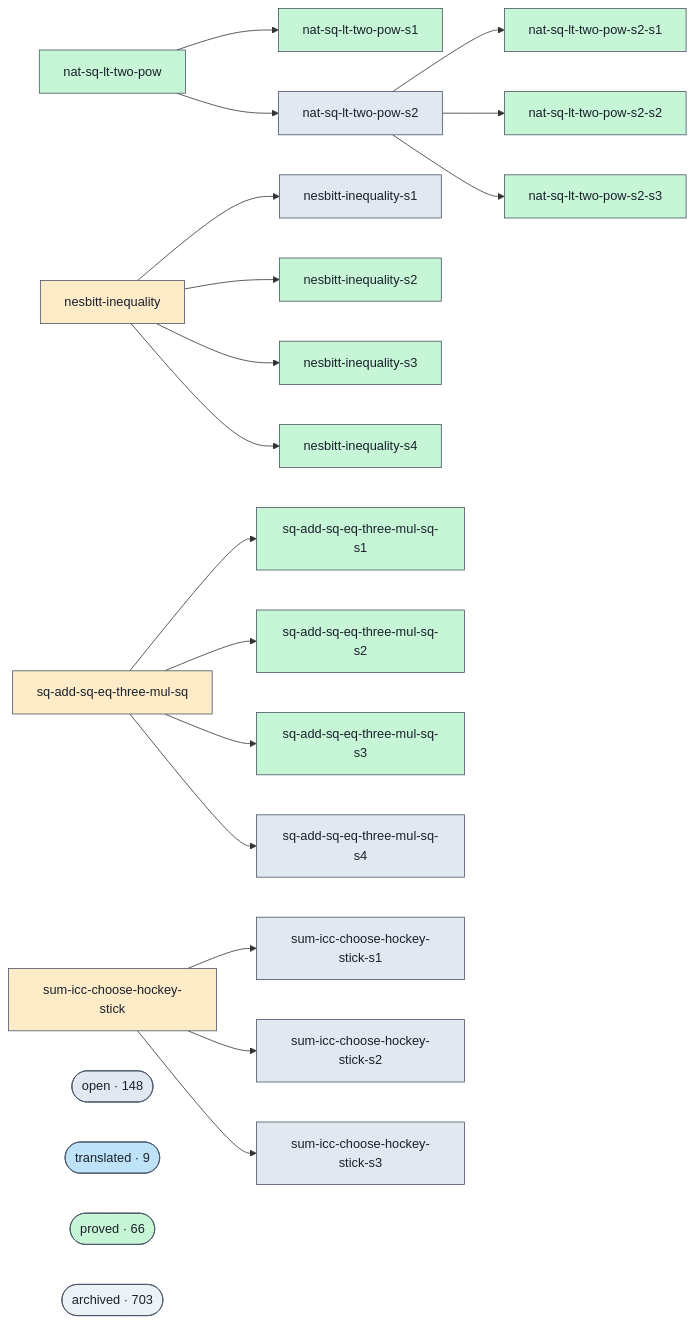
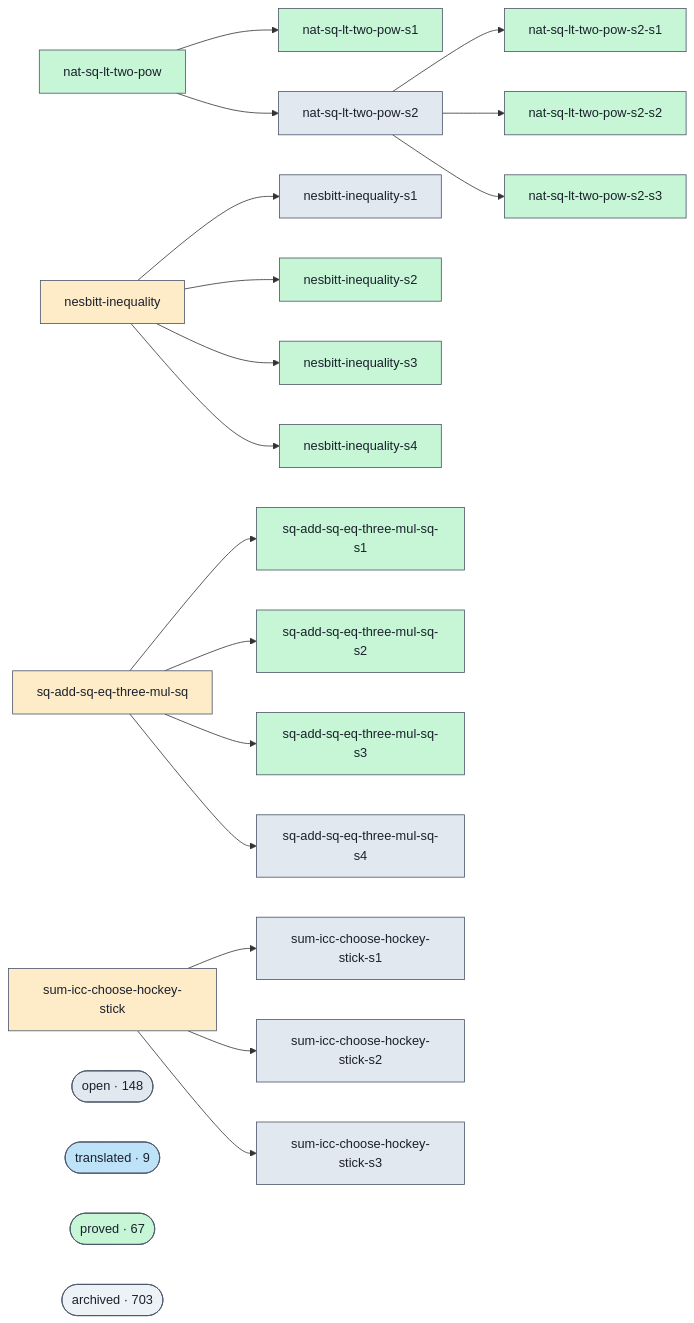
The diagram in docs/proofs-contributors-visualisation.md (ohdearquant/unsorry), drawn with Mermaid before and after one commit. The commit also changed other lines of this file and 2 other files, not shown here.

```diff
--- a/docs/proofs-contributors-visualisation.md
+++ b/docs/proofs-contributors-visualisation.md
@@ -102,7 +102,7 @@
   class cluster_open open;
   cluster_translated(["translated · 9"])
   class cluster_translated translated;
-  cluster_proved(["proved · 66"])
+  cluster_proved(["proved · 67"])
   class cluster_proved proved;
   cluster_archived(["archived · 703"])
   class cluster_archived unknown;
```
